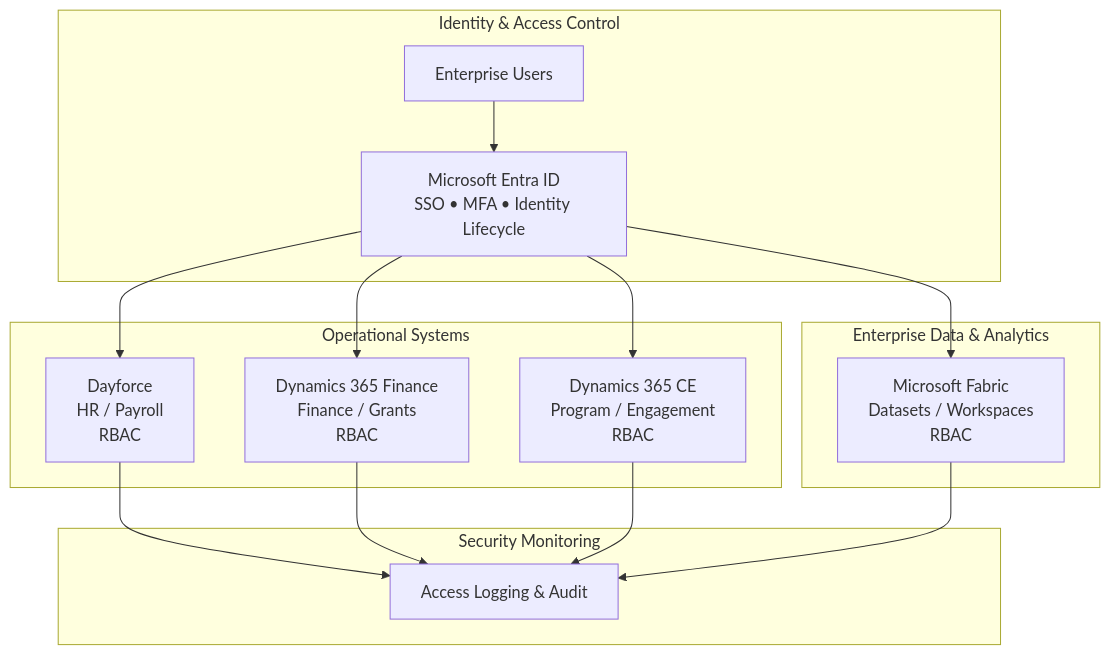
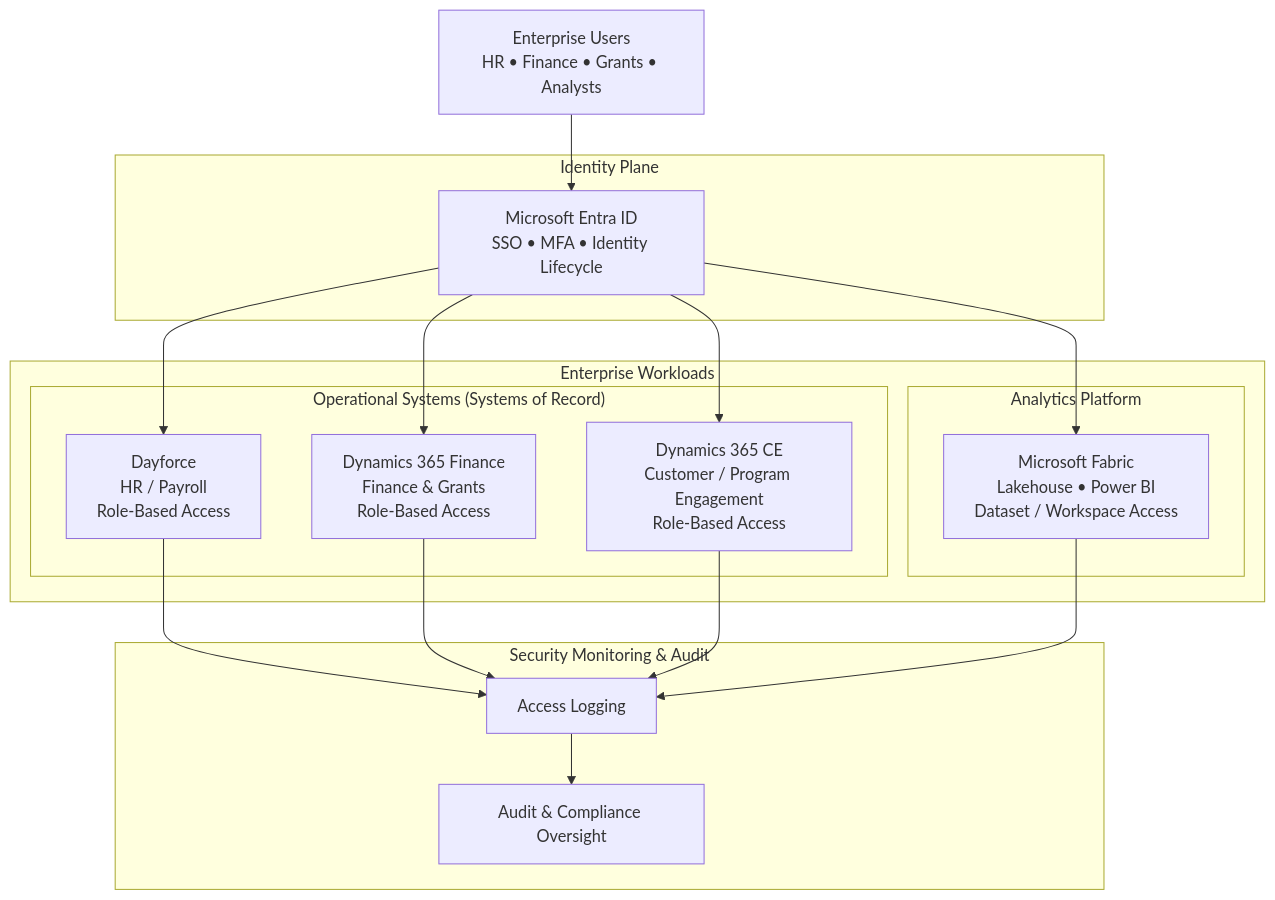
Diagram 11 of 12 in README.md (stimm-solutionstreet/AIR), drawn with Mermaid before and after one commit. The commit also changed other lines of this file, not shown here.

Commit message:
updated security diagram to make clearer; added markup formating

````diff
--- a/README.md
+++ b/README.md
@@ -430,39 +432,48 @@
 ```mermaid
-flowchart TB
 %%{init: { "flowchart": { "subGraphTitleMargin": { "top": 0, "bottom": 10 } } } }%%
 
-%% Identity
-subgraph ID["Identity & Access Control"]
-    USERS[Enterprise Users]
+flowchart TB
+
+%% Users
+USERS[Enterprise Users<br/>HR • Finance • Grants • Analysts]
+
+%% Identity plane
+subgraph ID["Identity Plane"]
     ENTRA[Microsoft Entra ID<br/>SSO • MFA • Identity Lifecycle]
 end
 
 USERS --> ENTRA
 
-%% Operational systems
-subgraph OPS["Operational Systems"]
-    DAY[Dayforce<br/>HR / Payroll<br/>RBAC]
-    D365F[Dynamics 365 Finance<br/>Finance / Grants<br/>RBAC]
-    D365CE[Dynamics 365 CE<br/>Program / Engagement<br/>RBAC]
+%% Workload plane
+subgraph WORKLOADS["Enterprise Workloads"]
+    
+    subgraph OPS["Operational Systems (Systems of Record)"]
+        DAY[Dayforce<br/>HR / Payroll<br/>Role-Based Access]
+        D365F[Dynamics 365 Finance<br/>Finance & Grants<br/>Role-Based Access]
+        D365CE[Dynamics 365 CE<br/>Customer / Program Engagement<br/>Role-Based Access]
+    end
+
+    subgraph DATA["Analytics Platform"]
+        FAB[Microsoft Fabric<br/>Lakehouse • Power BI<br/>Dataset / Workspace Access]
+    end
+
 end
 
-%% Analytics
-subgraph DATA["Enterprise Data & Analytics"]
-    FAB[Microsoft Fabric<br/>Datasets / Workspaces<br/>RBAC]
-end
-
-%% Monitoring
-subgraph MON["Security Monitoring"]
-    LOG[Access Logging & Audit]
+%% Monitoring plane
+subgraph SECOPS["Security Monitoring & Audit"]
+    LOG[Access Logging]
+    AUD[Audit & Compliance Oversight]
 end
 
 ENTRA --> DAY
 ENTRA --> D365F
 ENTRA --> D365CE
 ENTRA --> FAB
 
 DAY --> LOG
 D365F --> LOG
 D365CE --> LOG
 FAB --> LOG
+
+LOG --> AUD
 ```
````
